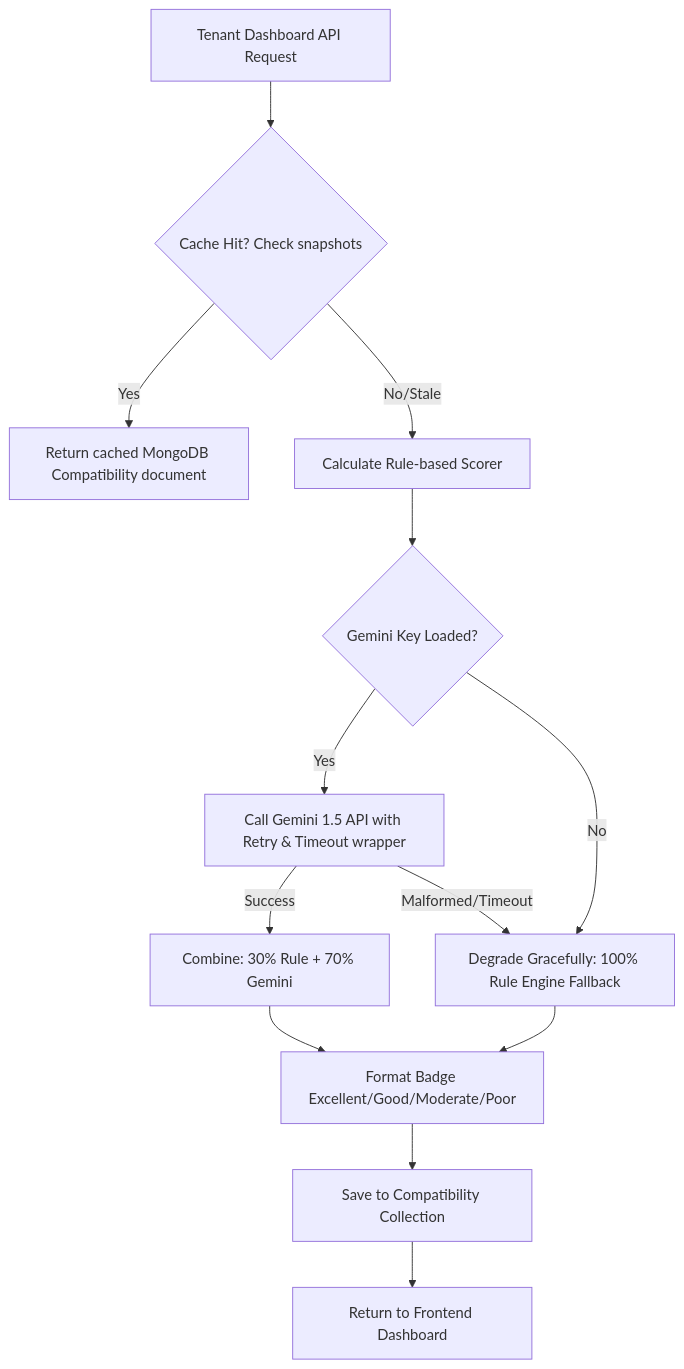
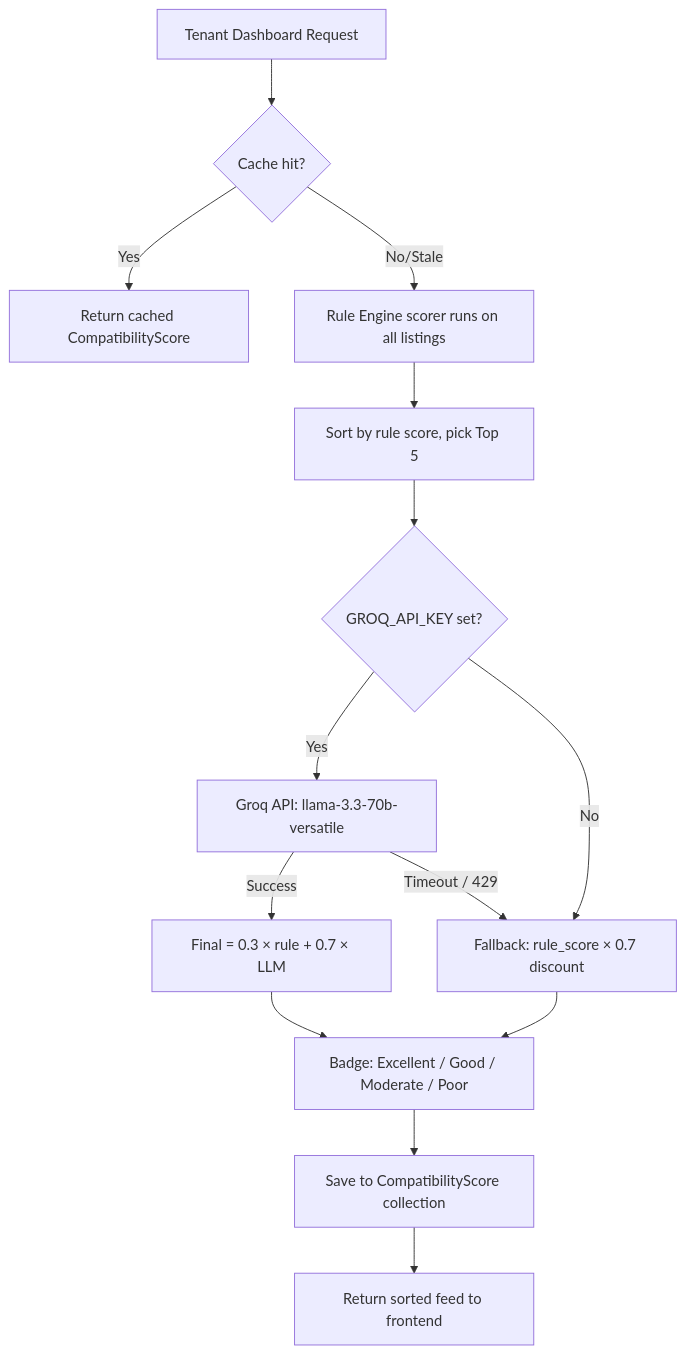
The diagram in README.md (rugvedi20/Rent-Flatmate), drawn with Mermaid before and after one commit. The commit also changed other lines of this file and 1 other file, not shown here.

````diff
--- a/README.md
+++ b/README.md
@@ -130,15 +178,16 @@
 ```mermaid
 graph TD
-  A[Tenant Dashboard API Request] --> B{Cache Hit? Check snapshots}
-  B -- Yes --> C[Return cached MongoDB Compatibility document]
-  B -- No/Stale --> D[Calculate Rule-based Scorer]
-  D --> E{Gemini Key Loaded?}
-  E -- Yes --> F[Call Gemini 1.5 API with Retry & Timeout wrapper]
-  F -- Success --> G[Combine: 30% Rule + 70% Gemini]
-  F -- Malformed/Timeout --> H[Degrade Gracefully: 100% Rule Engine Fallback]
-  E -- No --> H
-  G --> I[Format Badge Excellent/Good/Moderate/Poor]
-  H --> I
-  I --> J[Save to Compatibility Collection]
-  J --> K[Return to Frontend Dashboard]
+  A[Tenant Dashboard Request] --> B{Cache hit?}
+  B -- Yes --> C[Return cached CompatibilityScore]
+  B -- No/Stale --> D[Rule Engine scorer runs on all listings]
+  D --> E[Sort by rule score, pick Top 5]
+  E --> F{GROQ_API_KEY set?}
+  F -- Yes --> G[Groq API: llama-3.3-70b-versatile]
+  G -- Success --> H["Final = 0.3 × rule + 0.7 × LLM"]
+  G -- Timeout / 429 --> I["Fallback: rule_score × 0.7 discount"]
+  F -- No --> I
+  H --> J[Badge: Excellent / Good / Moderate / Poor]
+  I --> J
+  J --> K[Save to CompatibilityScore collection]
+  K --> L[Return sorted feed to frontend]
 ```
````
